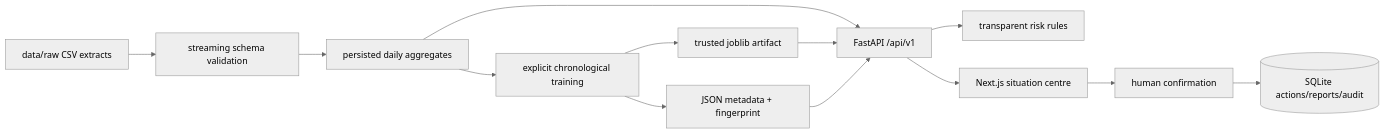
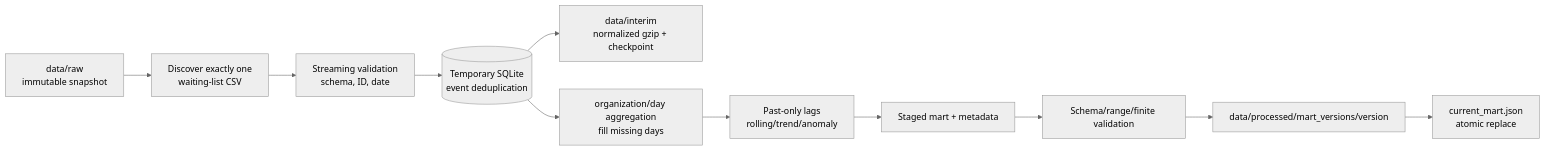
The second of 7 diagrams in docs/ARCHITECTURE.md (BAITC-Hacks/hack-905e692f-without-testing-function), drawn with Mermaid (neutral theme) before and after one commit. The commit also changed other lines of this file and 46 other files, not shown here.

````diff
--- a/docs/ARCHITECTURE.md
+++ b/docs/ARCHITECTURE.md
@@ -3,15 +22,13 @@
 ```mermaid
 flowchart LR
-  RAW[data/raw CSV extracts] --> VAL[streaming schema validation]
-  VAL --> AGG[persisted daily aggregates]
-  AGG --> TRAIN[explicit chronological training]
-  TRAIN --> ART[trusted joblib artifact]
-  TRAIN --> META[JSON metadata + fingerprint]
-  AGG --> API[FastAPI /api/v1]
-  ART --> API
-  META --> API
-  API --> RISK[transparent risk rules]
-  API --> UI[Next.js situation centre]
-  UI --> HUMAN[human confirmation]
-  HUMAN --> DB[(SQLite actions/reports/audit)]
+    RAW[data/raw<br/>immutable snapshot] --> DISC[Discover exactly one<br/>waiting-list CSV]
+    DISC --> VALID[Streaming validation<br/>schema, ID, date]
+    VALID --> DEDUP[(Temporary SQLite<br/>event deduplication)]
+    DEDUP --> INTERIM[data/interim<br/>normalized gzip + checkpoint]
+    DEDUP --> AGG[organization/day aggregation<br/>fill missing days]
+    AGG --> FEAT[Past-only lags<br/>rolling/trend/anomaly]
+    FEAT --> STAGE[Staged mart + metadata]
+    STAGE --> CHECK[Schema/range/finite validation]
+    CHECK --> VERSION[data/processed/mart_versions/version]
+    VERSION --> POINTER[current_mart.json<br/>atomic replace]
 ```
````
